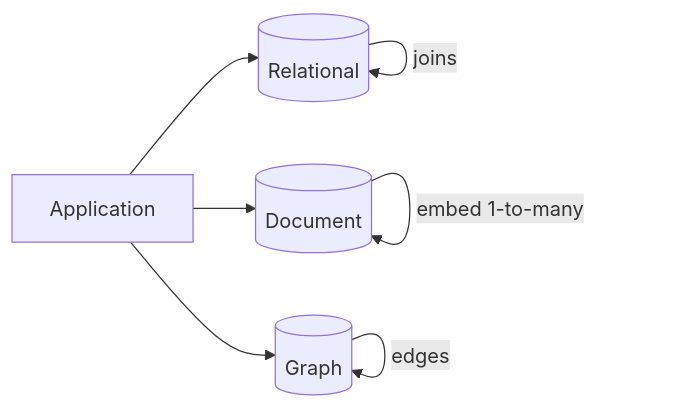
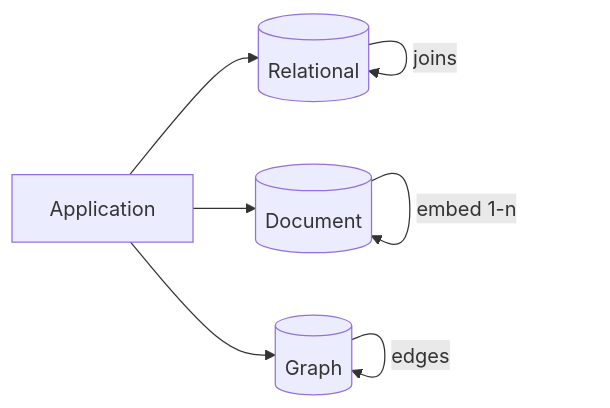
One commit to pmagnomuller/pmagnomuller.github.io changed the first of 2 diagrams in _ddia/ch02-data-models-and-query-languages.md. Above: the diagram before and after it, drawn with Mermaid. The commit also changed other lines of this file and 28 other files, not shown here.

````diff
--- a/_ddia/ch02-data-models-and-query-languages.md
+++ b/_ddia/ch02-data-models-and-query-languages.md
@@ -23,9 +36,9 @@
 ```mermaid
 flowchart LR
   App[Application] --> Rel[(Relational)]
   App --> Doc[(Document)]
   App --> Graph[(Graph)]
   Rel -->|joins| Rel
-  Doc -->|embed 1-to-many| Doc
+  Doc -->|embed 1-n| Doc
   Graph -->|edges| Graph
 ```
````
